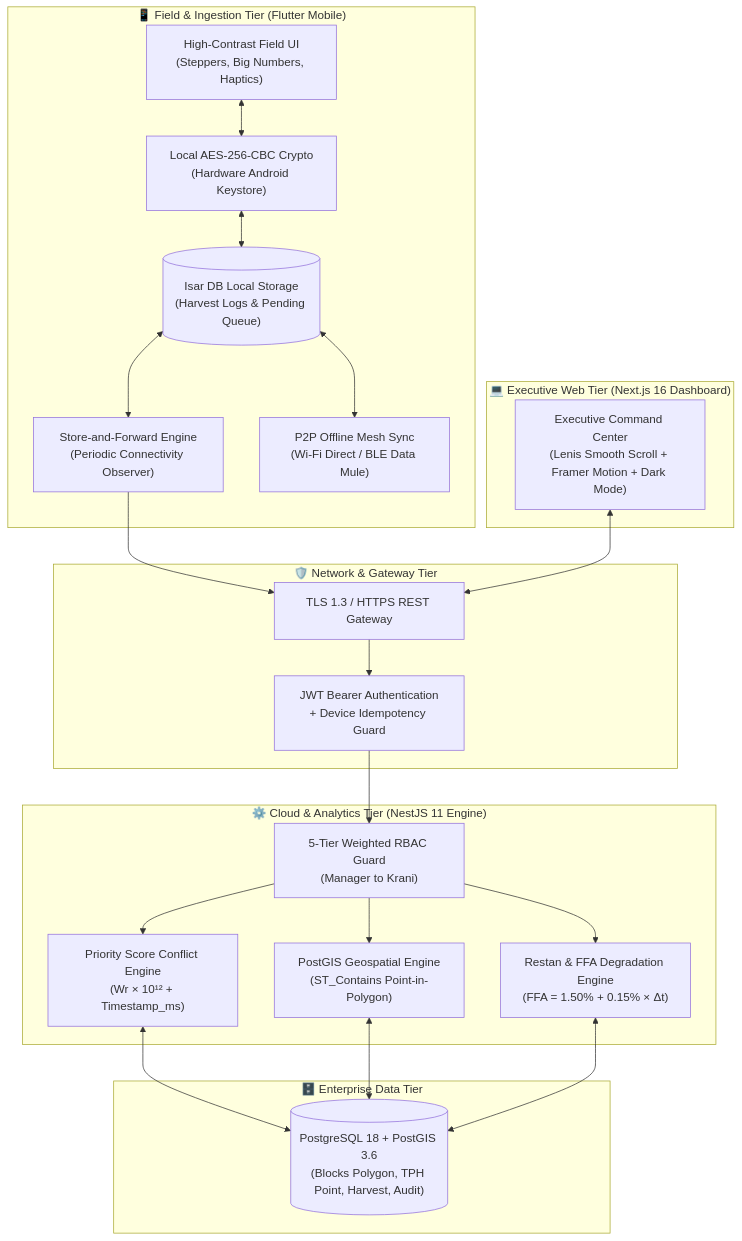
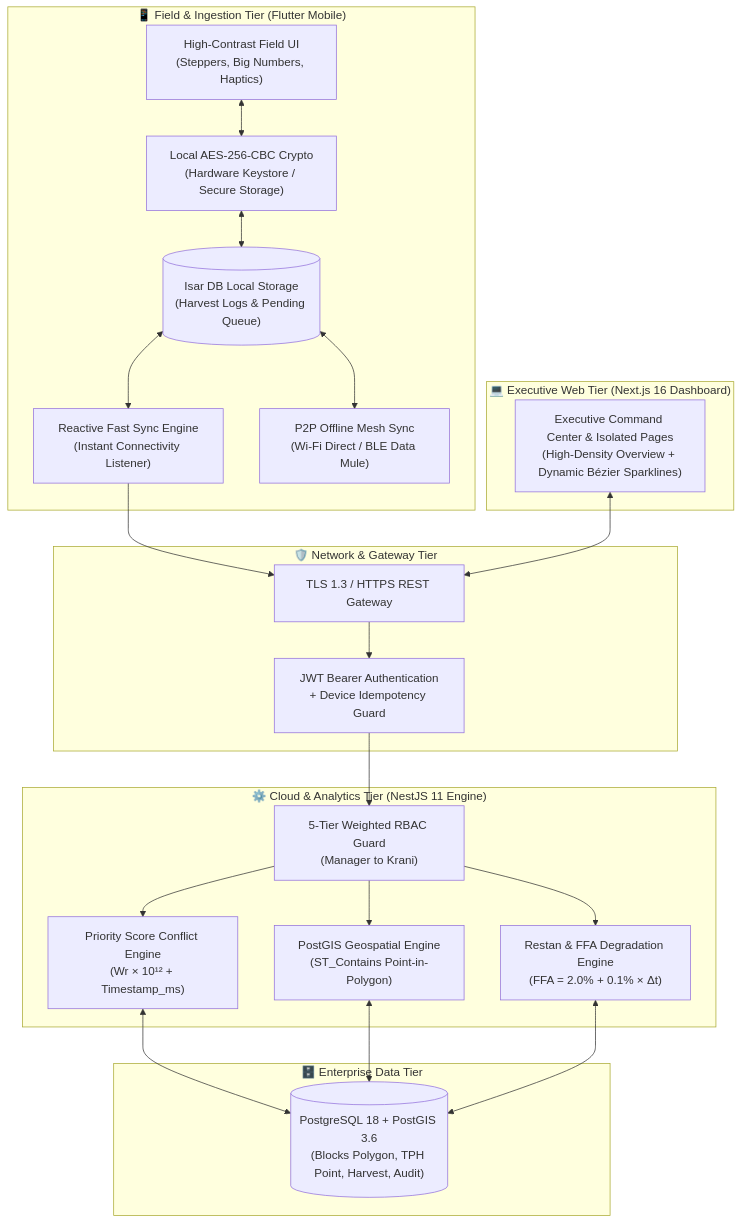
Before and after one commit to felichpehagasaginting-code/SawitGO: the diagram in README.md, drawn with Mermaid. The commit also changed other lines of this file, not shown here.

Commit message:
docs: update README.md with isolated web pages architecture, dynamic real sparklines, and mobile reactive fast sync

````diff
--- a/README.md
+++ b/README.md
@@ -46,46 +47,46 @@
 ```mermaid
 graph TB
     subgraph FIELD_TIER ["📱 Field & Ingestion Tier (Flutter Mobile)"]
         MOBILE_UI["High-Contrast Field UI\n(Steppers, Big Numbers, Haptics)"]
-        LOCAL_CRYPT["Local AES-256-CBC Crypto\n(Hardware Android Keystore)"]
+        LOCAL_CRYPT["Local AES-256-CBC Crypto\n(Hardware Keystore / Secure Storage)"]
         ISAR_DB[("Isar DB Local Storage\n(Harvest Logs & Pending Queue)")]
-        SYNC_WORKER["Store-and-Forward Engine\n(Periodic Connectivity Observer)"]
+        SYNC_WORKER["Reactive Fast Sync Engine\n(Instant Connectivity Listener)"]
         P2P_ENGINE["P2P Offline Mesh Sync\n(Wi-Fi Direct / BLE Data Mule)"]
 
         MOBILE_UI <--> LOCAL_CRYPT
         LOCAL_CRYPT <--> ISAR_DB
         ISAR_DB <--> SYNC_WORKER
         ISAR_DB <--> P2P_ENGINE
     end
 
     subgraph SECURITY_TIER ["🛡️ Network & Gateway Tier"]
         TLS_GATEWAY["TLS 1.3 / HTTPS REST Gateway"]
         AUTH_JWT["JWT Bearer Authentication\n+ Device Idempotency Guard"]
     end
 
     subgraph BACKEND_TIER ["⚙️ Cloud & Analytics Tier (NestJS 11 Engine)"]
         RBAC_GUARD["5-Tier Weighted RBAC Guard\n(Manager to Krani)"]
         CONFLICT_ENGINE["Priority Score Conflict Engine\n(Wr × 10¹² + Timestamp_ms)"]
         GEO_ENGINE["PostGIS Geospatial Engine\n(ST_Contains Point-in-Polygon)"]
-        RESTAN_ENGINE["Restan & FFA Degradation Engine\n(FFA = 1.50% + 0.15% × Δt)"]
+        RESTAN_ENGINE["Restan & FFA Degradation Engine\n(FFA = 2.0% + 0.1% × Δt)"]
     end
 
     subgraph DATA_TIER ["🗄️ Enterprise Data Tier"]
         PG_DB[("PostgreSQL 18 + PostGIS 3.6\n(Blocks Polygon, TPH Point, Harvest, Audit)")]
     end
 
     subgraph WEB_TIER ["💻 Executive Web Tier (Next.js 16 Dashboard)"]
-        COMMAND_CENTER["Executive Command Center\n(Lenis Smooth Scroll + Framer Motion + Dark Mode)"]
+        COMMAND_CENTER["Executive Command Center & Isolated Pages\n(High-Density Overview + Dynamic Bézier Sparklines)"]
     end
 
     SYNC_WORKER --> TLS_GATEWAY
     TLS_GATEWAY --> AUTH_JWT
     AUTH_JWT --> RBAC_GUARD
     RBAC_GUARD --> CONFLICT_ENGINE
     RBAC_GUARD --> GEO_ENGINE
     RBAC_GUARD --> RESTAN_ENGINE
     CONFLICT_ENGINE <--> PG_DB
     GEO_ENGINE <--> PG_DB
     RESTAN_ENGINE <--> PG_DB
     COMMAND_CENTER <--> TLS_GATEWAY
 ```
````
